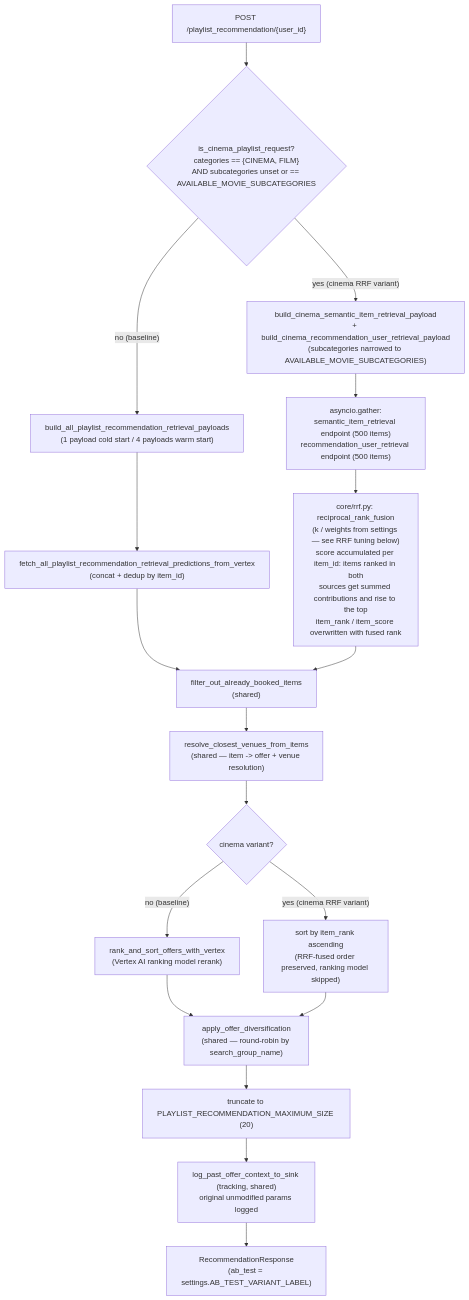
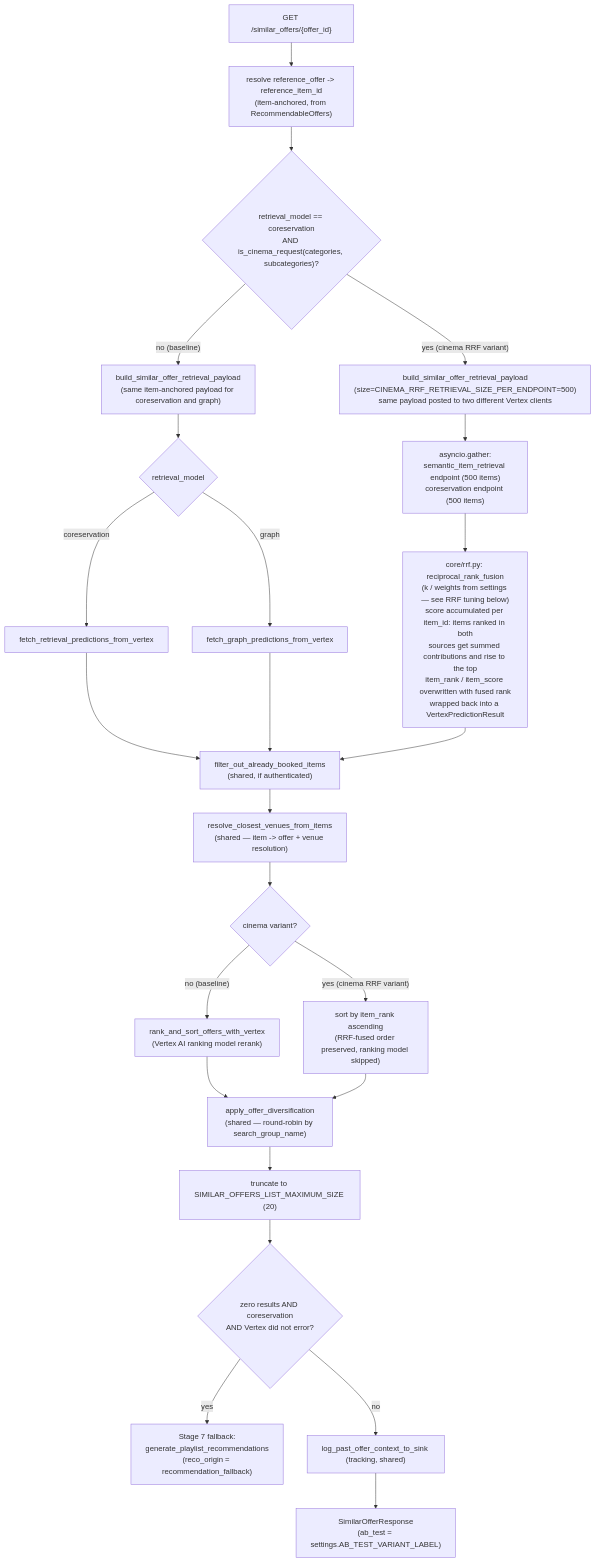
The diagram in apps/recommendation_v2/docs/ab_test_algo_cine_rrf.md (pass-culture/api-data), drawn with Mermaid before and after one commit. The commit also changed other lines of this file, not shown here.

````diff
--- a/apps/recommendation_v2/docs/ab_test_algo_cine_rrf.md
+++ b/apps/recommendation_v2/docs/ab_test_algo_cine_rrf.md
@@ -39,27 +54,33 @@
 ```mermaid
 flowchart TD
-    A["POST /playlist_recommendation/{user_id}"] --> B{"is_cinema_playlist_request?\ncategories == {CINEMA, FILM}\nAND subcategories unset or == AVAILABLE_MOVIE_SUBCATEGORIES"}
+    A["GET /similar_offers/{offer_id}"] --> B0["resolve reference_offer -> reference_item_id\n(item-anchored, from RecommendableOffers)"]
+    B0 --> B{"retrieval_model == coreservation\nAND is_cinema_request(categories, subcategories)?"}
 
-    B -- "no (baseline)" --> C1["build_all_playlist_recommendation_retrieval_payloads\n(1 payload cold start / 4 payloads warm start)"]
-    C1 --> C2["fetch_all_playlist_recommendation_retrieval_predictions_from_vertex\n(concat + dedup by item_id)"]
+    B -- "no (baseline)" --> C1["build_similar_offer_retrieval_payload\n(same item-anchored payload for coreservation and graph)"]
+    C1 --> C2{"retrieval_model"}
+    C2 -- "coreservation" --> C3["fetch_retrieval_predictions_from_vertex"]
+    C2 -- "graph" --> C4["fetch_graph_predictions_from_vertex"]
 
-    B -- "yes (cinema RRF variant)" --> D1["build_cinema_semantic_item_retrieval_payload\n+ build_cinema_recommendation_user_retrieval_payload\n(subcategories narrowed to AVAILABLE_MOVIE_SUBCATEGORIES)"]
-    D1 --> D2["asyncio.gather:\nsemantic_item_retrieval endpoint (500 items)\nrecommendation_user_retrieval endpoint (500 items)"]
-    D2 --> D3["core/rrf.py: reciprocal_rank_fusion\n(k / weights from settings — see RRF tuning below)\nscore accumulated per item_id: items ranked in both\nsources get summed contributions and rise to the top\nitem_rank / item_score overwritten with fused rank"]
+    B -- "yes (cinema RRF variant)" --> D1["build_similar_offer_retrieval_payload\n(size=CINEMA_RRF_RETRIEVAL_SIZE_PER_ENDPOINT=500)\nsame payload posted to two different Vertex clients"]
+    D1 --> D2["asyncio.gather:\nsemantic_item_retrieval endpoint (500 items)\ncoreservation endpoint (500 items)"]
+    D2 --> D3["core/rrf.py: reciprocal_rank_fusion\n(k / weights from settings — see RRF tuning below)\nscore accumulated per item_id: items ranked in both\nsources get summed contributions and rise to the top\nitem_rank / item_score overwritten with fused rank\nwrapped back into a VertexPredictionResult"]
 
-    C2 --> E["filter_out_already_booked_items\n(shared)"]
+    C3 --> E["filter_out_already_booked_items\n(shared, if authenticated)"]
+    C4 --> E
     D3 --> E
 
     E --> F["resolve_closest_venues_from_items\n(shared — item -> offer + venue resolution)"]
 
     F --> G{"cinema variant?"}
     G -- "no (baseline)" --> H1["rank_and_sort_offers_with_vertex\n(Vertex AI ranking model rerank)"]
     G -- "yes (cinema RRF variant)" --> H2["sort by item_rank ascending\n(RRF-fused order preserved, ranking model skipped)"]
 
     H1 --> I["apply_offer_diversification\n(shared — round-robin by search_group_name)"]
     H2 --> I
 
-    I --> J["truncate to PLAYLIST_RECOMMENDATION_MAXIMUM_SIZE (20)"]
-    J --> K["log_past_offer_context_to_sink (tracking, shared)\noriginal unmodified params logged"]
-    K --> L["RecommendationResponse\n(ab_test = settings.AB_TEST_VARIANT_LABEL)"]
+    I --> J["truncate to SIMILAR_OFFERS_LIST_MAXIMUM_SIZE (20)"]
+    J --> K{"zero results AND coreservation\nAND Vertex did not error?"}
+    K -- "yes" --> L1["Stage 7 fallback:\ngenerate_playlist_recommendations\n(reco_origin = recommendation_fallback)"]
+    K -- "no" --> L2["log_past_offer_context_to_sink (tracking, shared)"]
+    L2 --> M["SimilarOfferResponse\n(ab_test = settings.AB_TEST_VARIANT_LABEL)"]
 ```
````
